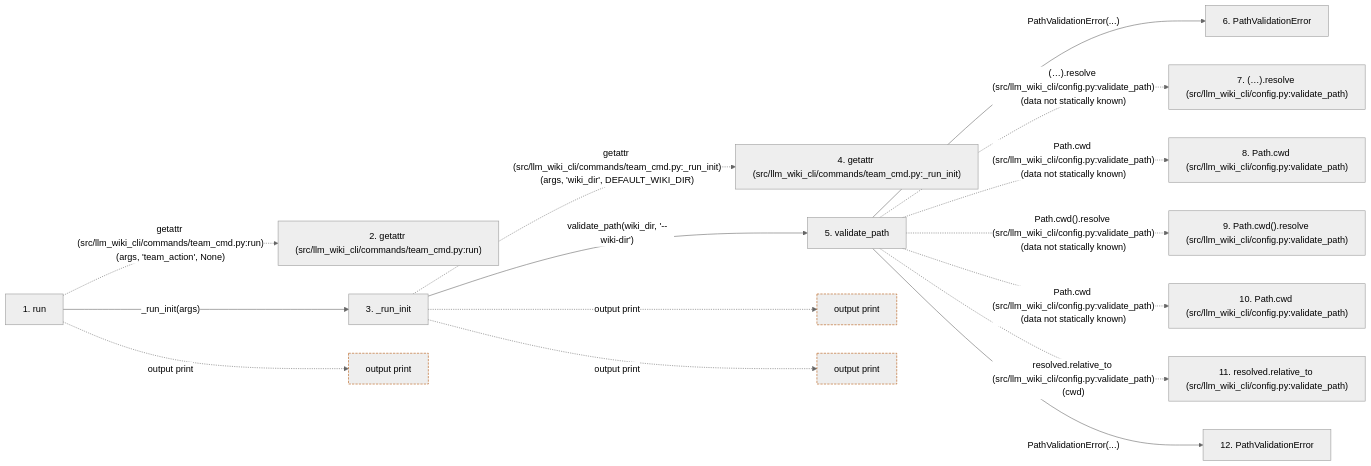
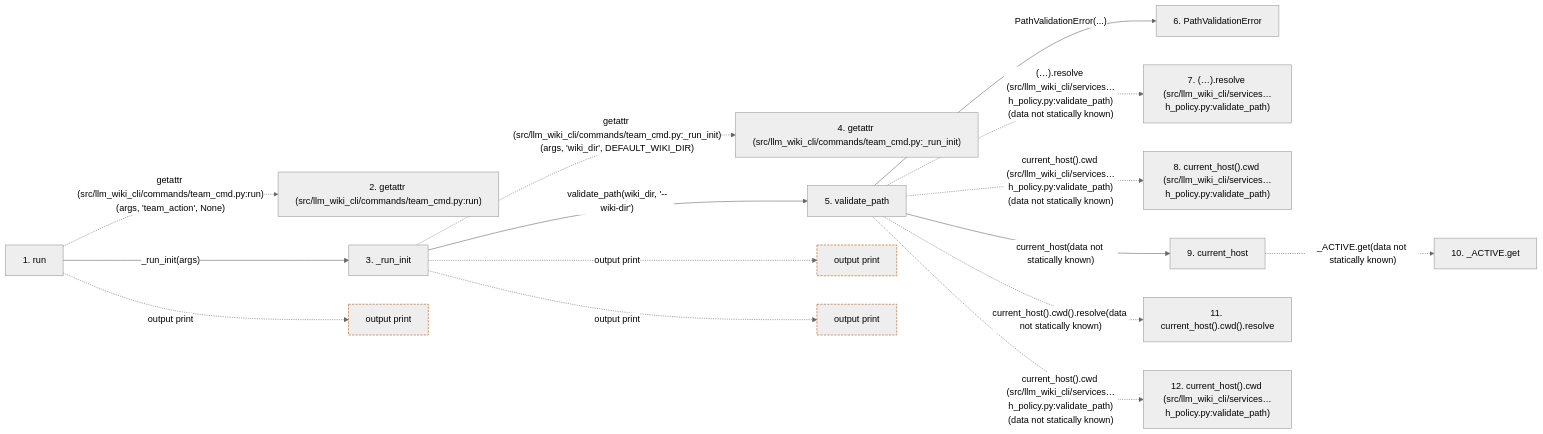
One commit to Denissvgn/python-wiki-llm changed the second of 2 diagrams in docs/llm_wiki/flows/cli-team.md. Above: the diagram before and after it, drawn with Mermaid (neutral theme). The commit also changed other lines of this file and 1555 other files, not shown here.

````diff
--- a/docs/llm_wiki/flows/cli-team.md
+++ b/docs/llm_wiki/flows/cli-team.md
@@ -180,41 +182,41 @@
 ```mermaid
 flowchart LR
     s1["1. run"]
     s2["2. getattr (src/llm_wiki_cli/commands/team_cmd.py:run)"]
     s3["3. _run_init"]
     s4["4. getattr (src/llm_wiki_cli/commands/team_cmd.py:_run_init)"]
     s5["5. validate_path"]
     s6["6. PathValidationError"]
-    s7["7. (…).resolve (src/llm_wiki_cli/config.py:validate_path)"]
-    s8["8. Path.cwd (src/llm_wiki_cli/config.py:validate_path)"]
-    s9["9. Path.cwd().resolve (src/llm_wiki_cli/config.py:validate_path)"]
-    s10["10. Path.cwd (src/llm_wiki_cli/config.py:validate_path)"]
-    s11["11. resolved.relative_to (src/llm_wiki_cli/config.py:validate_path)"]
-    s12["12. PathValidationError"]
+    s7["7. (…).resolve (src/llm_wiki_cli/services…h_policy.py:validate_path)"]
+    s8["8. current_host().cwd (src/llm_wiki_cli/services…h_policy.py:validate_path)"]
+    s9["9. current_host"]
+    s10["10. _ACTIVE.get"]
+    s11["11. current_host().cwd().resolve"]
+    s12["12. current_host().cwd (src/llm_wiki_cli/services…h_policy.py:validate_path)"]
     s1 -. "getattr (src/llm_wiki_cli/commands/team_cmd.py:run)(args, 'team_action', None)" .-> s2
     s1 -->|"_run_init(args)"| s3
     s3 -. "getattr (src/llm_wiki_cli/commands/team_cmd.py:_run_init)(args, 'wiki_dir', DEFAULT_WIKI_DIR)" .-> s4
     s3 -->|"validate_path(wiki_dir, '--wiki-dir')"| s5
     s5 -->|"PathValidationError(...)"| s6
-    s5 -. "(…).resolve (src/llm_wiki_cli/config.py:validate_path)(data not statically known)" .-> s7
-    s5 -. "Path.cwd (src/llm_wiki_cli/config.py:validate_path)(data not statically known)" .-> s8
-    s5 -. "Path.cwd().resolve (src/llm_wiki_cli/config.py:validate_path)(data not statically known)" .-> s9
-    s5 -. "Path.cwd (src/llm_wiki_cli/config.py:validate_path)(data not statically known)" .-> s10
-    s5 -. "resolved.relative_to (src/llm_wiki_cli/config.py:validate_path)(cwd)" .-> s11
-    s5 -->|"PathValidationError(...)"| s12
+    s5 -. "(…).resolve (src/llm_wiki_cli/services…h_policy.py:validate_path)(data not statically known)" .-> s7
+    s5 -. "current_host().cwd (src/llm_wiki_cli/services…h_policy.py:validate_path)(data not statically known)" .-> s8
+    s5 -->|"current_host(data not statically known)"| s9
+    s9 -. "_ACTIVE.get(data not statically known)" .-> s10
+    s5 -. "current_host().cwd().resolve(data not statically known)" .-> s11
+    s5 -. "current_host().cwd (src/llm_wiki_cli/services…h_policy.py:validate_path)(data not statically known)" .-> s12
     b0["output print"]
     s1 -. "output print" .-> b0
     b1["output print"]
     s3 -. "output print" .-> b1
     b2["output print"]
     s3 -. "output print" .-> b2
     click s1 "../modules/team_cmd.md"
     click s3 "../modules/team_cmd.md"
-    click s5 "../modules/config.md"
-    click s6 "../modules/config.md"
-    click s12 "../modules/config.md"
+    click s5 "../modules/path_policy.md"
+    click s6 "../modules/path_policy.md"
+    click s9 "../modules/host.md"
     classDef boundary stroke:#b45309,stroke-dasharray: 4 2
     class b0 boundary
     class b1 boundary
     class b2 boundary
 ```
````
